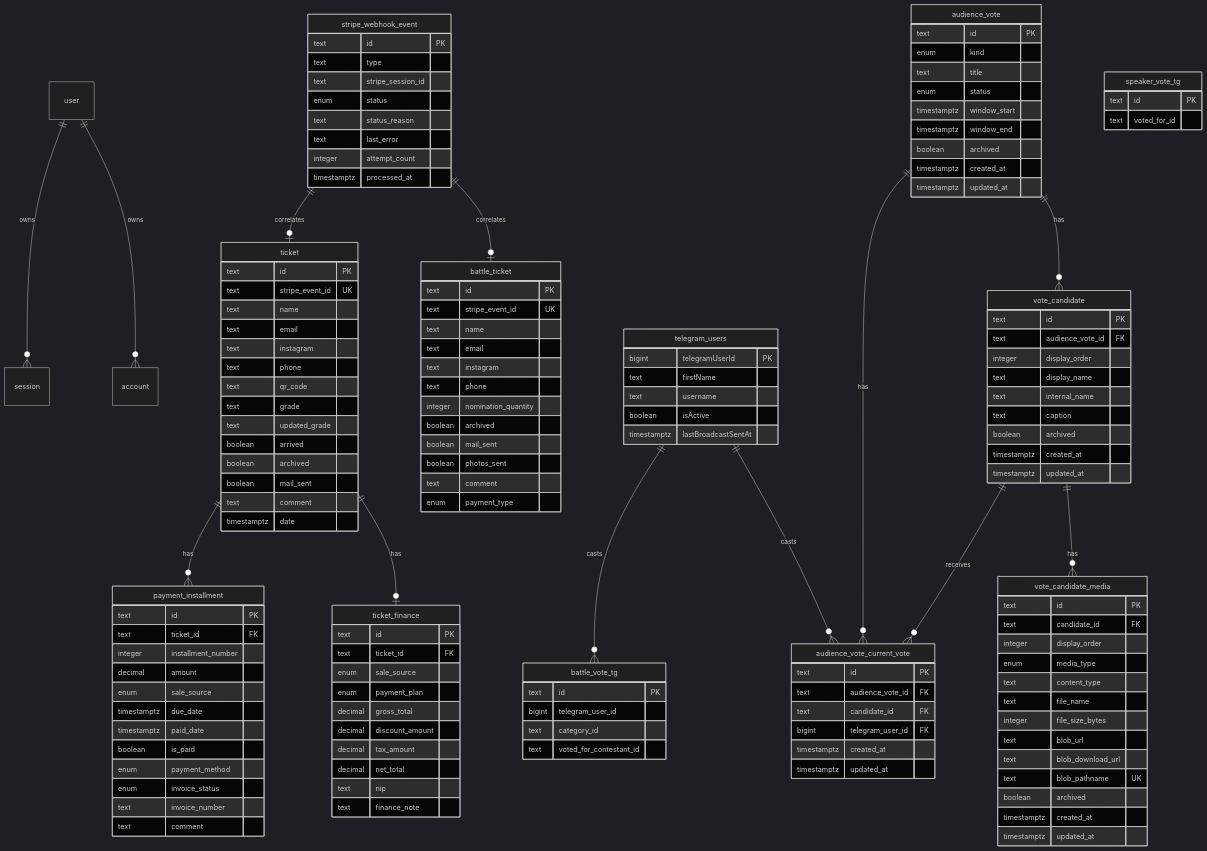
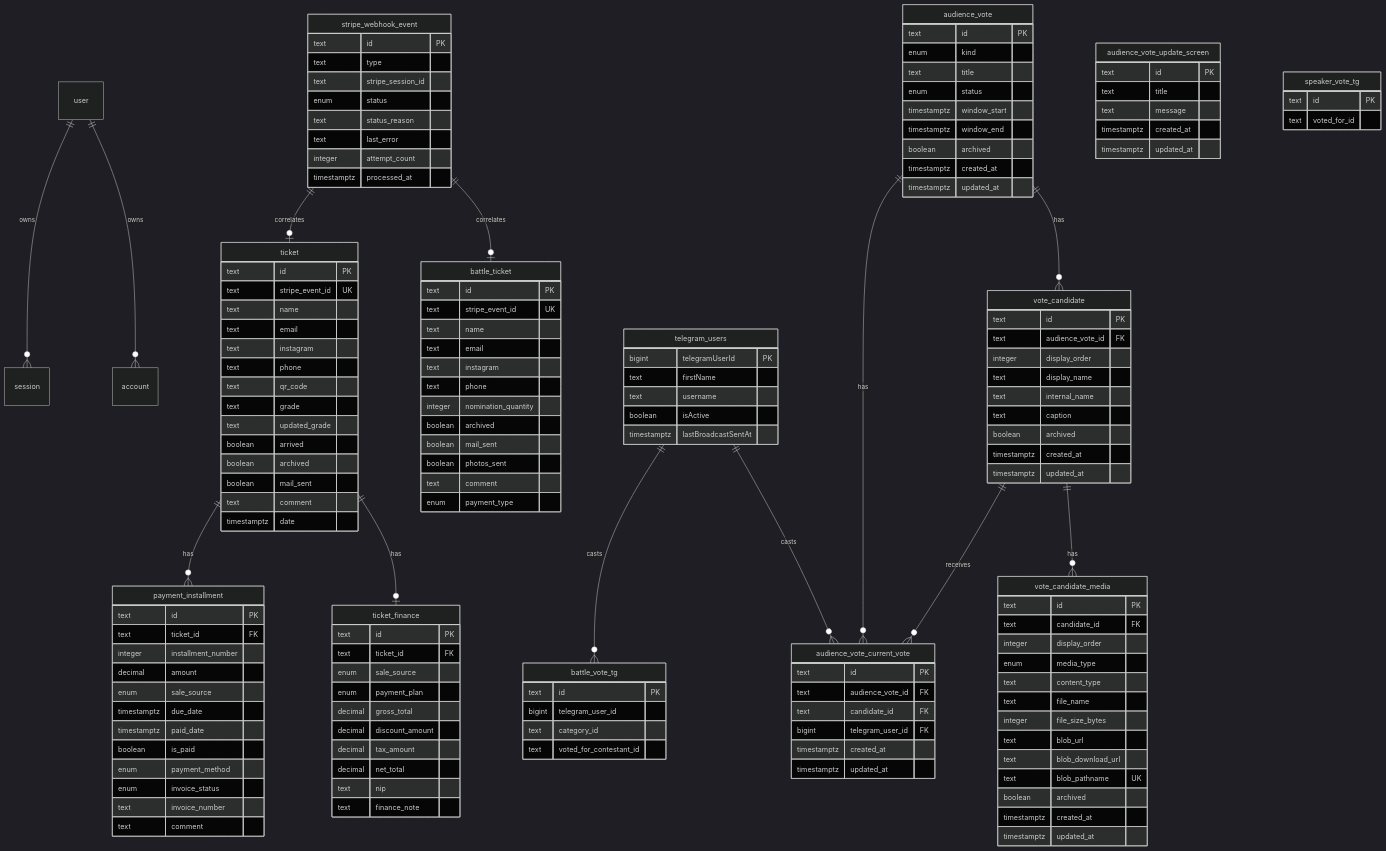
Before and after one commit to serhiihaniuk/nailmoment-dashboard: the diagram in docs/data-model.md, drawn with Mermaid (dark theme). The commit also changed other lines of this file and 23 other files, not shown here.

Commit message:
Fix audience vote broadcast safety

```diff
--- a/docs/data-model.md
+++ b/docs/data-model.md
@@ -160,6 +160,14 @@
     timestamptz updated_at
   }
 
+  audience_vote_update_screen {
+    text id PK
+    text title
+    text message
+    timestamptz created_at
+    timestamptz updated_at
+  }
+
   speaker_vote_tg {
     text id PK
     text voted_for_id
```
